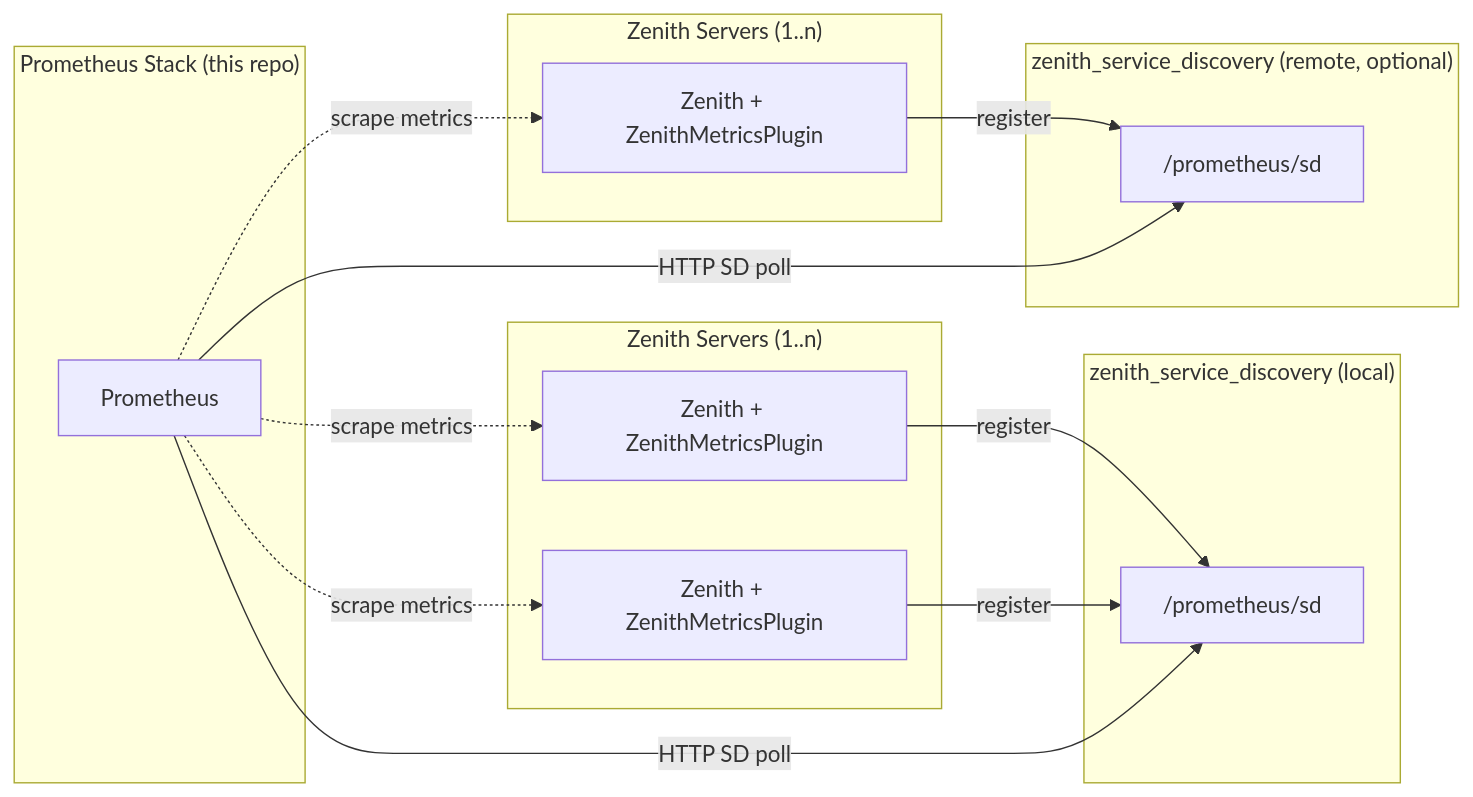
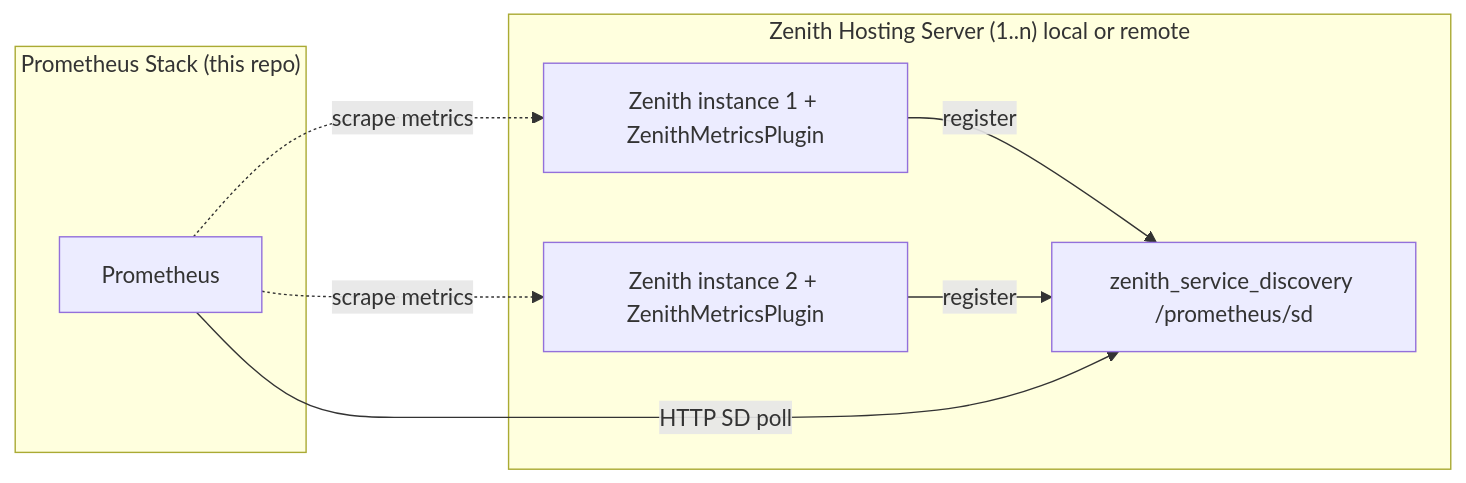
One commit to IceTank/PrometheusZenithMetricsStack changed the diagram in README.md. Above: the diagram before and after it, drawn with Mermaid. The commit also changed other lines of this file, not shown here.

Commit message:
Fix README flowchart

````diff
--- a/README.md
+++ b/README.md
@@ -16,34 +16,21 @@
 ```mermaid
 flowchart LR
     subgraph PStack["Prometheus Stack (this repo)"]
         Prometheus
     end
 
-    subgraph SD_local["zenith_service_discovery (local)"]
-        SDL["/prometheus/sd"]
-    end
+    subgraph ZG1["Zenith Hosting Server (1..n) local or remote"]
+        Z1["Zenith instance 1 + ZenithMetricsPlugin"]
+        Z2["Zenith instance 2 + ZenithMetricsPlugin"]
 
-    subgraph SD_remote["zenith_service_discovery (remote, optional)"]
-        SDR["/prometheus/sd"]
-    end
-
-    subgraph ZG1["Zenith Servers (1..n)"]
-        Z1["Zenith + ZenithMetricsPlugin"]
-        Z2["Zenith + ZenithMetricsPlugin"]
-    end
-
-    subgraph ZG2["Zenith Servers (1..n)"]
-        Z3["Zenith + ZenithMetricsPlugin"]
+		SDL["zenith_service_discovery /prometheus/sd"]
     end
 
     Z1 -->|register| SDL
     Z2 -->|register| SDL
-    Z3 -->|register| SDR
 
     Prometheus -->|"HTTP SD poll"| SDL
-    Prometheus -->|"HTTP SD poll"| SDR
 
     Prometheus -.->|scrape metrics| Z1
     Prometheus -.->|scrape metrics| Z2
-    Prometheus -.->|scrape metrics| Z3
 ```
````
